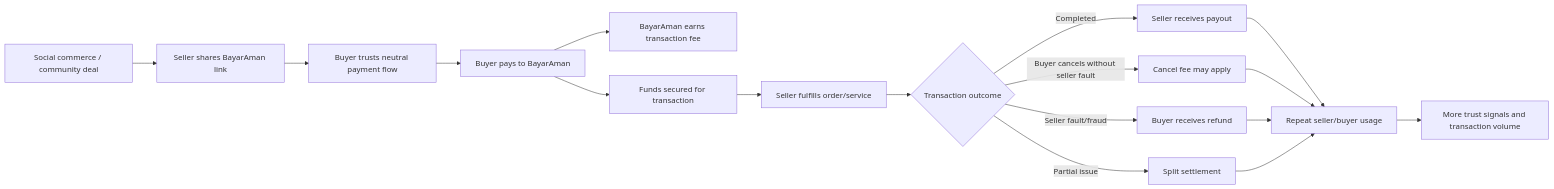
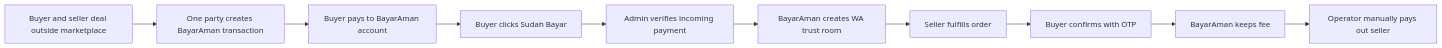
The fourth of 4 diagrams in PRD.md (nunutech40/bayaraman), drawn with Mermaid before and after one commit. The commit also changed other lines of this file and 7 other files, not shown here.

Commit message:
Update manual rekber flow prototype

````diff
--- a/PRD.md
+++ b/PRD.md
@@ -222,19 +196,12 @@
 ```mermaid
 flowchart LR
-  A[Social commerce / community deal] --> B[Seller shares BayarAman link]
-  B --> C[Buyer trusts neutral payment flow]
-  C --> D[Buyer pays to BayarAman]
-  D --> E[BayarAman earns transaction fee]
-  D --> F[Funds secured for transaction]
-  F --> G[Seller fulfills order/service]
-  G --> H{Transaction outcome}
-  H -->|Completed| I[Seller receives payout]
-  H -->|Buyer cancels without seller fault| J[Cancel fee may apply]
-  H -->|Seller fault/fraud| K[Buyer receives refund]
-  H -->|Partial issue| L[Split settlement]
-  I --> M[Repeat seller/buyer usage]
-  J --> M
-  K --> M
-  L --> M
-  M --> N[More trust signals and transaction volume]
+  A[Buyer and seller deal outside marketplace] --> B[One party creates BayarAman transaction]
+  B --> C[Buyer pays to BayarAman account]
+  C --> D[Buyer clicks Sudah Bayar]
+  D --> E[Admin verifies incoming payment]
+  E --> F[BayarAman creates WA trust room]
+  F --> G[Seller fulfills order]
+  G --> H[Buyer confirms with OTP]
+  H --> I[BayarAman keeps fee]
+  I --> J[Operator manually pays out seller]
 ```
````
